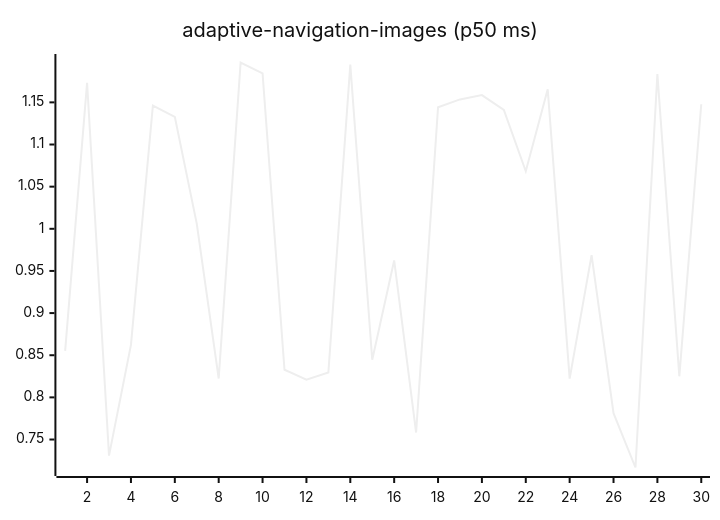
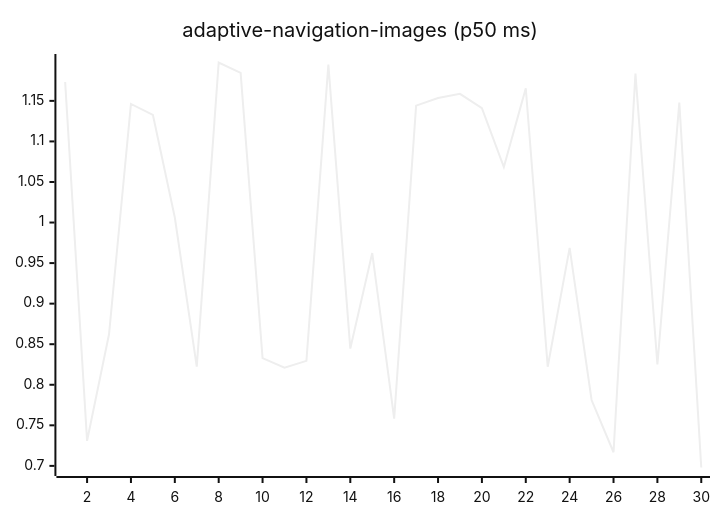
The first of 27 diagrams in README.md (josha/Facet), drawn with Mermaid (neutral theme) before and after one commit. The commit also changed other lines of this file and 2 other files, not shown here.

````diff
--- a/README.md
+++ b/README.md
@@ -63,6 +63,6 @@
 ```mermaid
 xychart-beta
     title "adaptive-navigation-images (p50 ms)"
     x-axis 1 --> 30
-    line [0.8551, 1.1733, 0.7309, 0.8622, 1.1462, 1.1328, 1.0062, 0.8224, 1.1973, 1.1845, 0.8328, 0.8211, 0.8295, 1.1947, 0.8446, 0.9624, 0.7583, 1.1441, 1.1535, 1.1586, 1.1410, 1.0683, 1.1655, 0.8222, 0.9687, 0.7812, 0.7168, 1.1836, 0.8250, 1.1478]
+    line [1.1733, 0.7309, 0.8622, 1.1462, 1.1328, 1.0062, 0.8224, 1.1973, 1.1845, 0.8328, 0.8211, 0.8295, 1.1947, 0.8446, 0.9624, 0.7583, 1.1441, 1.1535, 1.1586, 1.1410, 1.0683, 1.1655, 0.8222, 0.9687, 0.7812, 0.7168, 1.1836, 0.8250, 1.1478, 0.6980]
 ```
````
